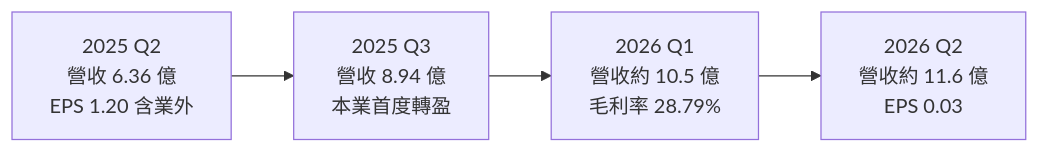
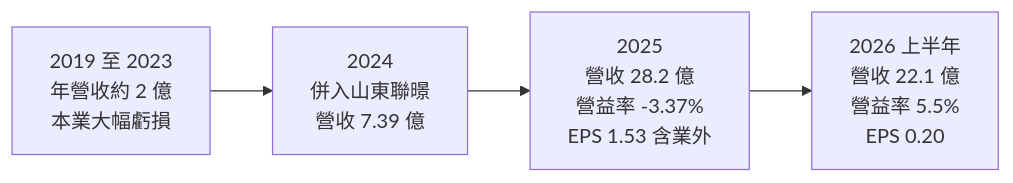
One commit to wangnick1004/taiwan-stock-vault changed the second of 3 diagrams in 個股/台股/2363矽統.md. Above: the diagram before and after it, drawn with Mermaid. The commit also changed other lines of this file and 10 other files, not shown here.

````diff
--- a/個股/台股/2363矽統.md
+++ b/個股/台股/2363矽統.md
@@ -130,4 +142,4 @@
 ```mermaid
 flowchart LR
-    Q1["2025 Q2<br/>營收 6.36 億<br/>EPS 1.20 含業外"] --> Q2["2025 Q3<br/>營收 8.94 億<br/>本業首度轉盈"] --> Q3["2026 Q1<br/>營收約 10.5 億<br/>毛利率 28.79%"] --> Q4["2026 Q2<br/>營收約 11.6 億<br/>EPS 0.03"]
+    Y19["2019 至 2023<br/>年營收約 2 億<br/>本業大幅虧損"] --> Y24["2024<br/>併入山東聯暻<br/>營收 7.39 億"] --> Y25["2025<br/>營收 28.2 億<br/>營益率 -3.37%<br/>EPS 1.53 含業外"] --> H26["2026 上半年<br/>營收 22.1 億<br/>營益率 5.5%<br/>EPS 0.20"]
 ```
````
